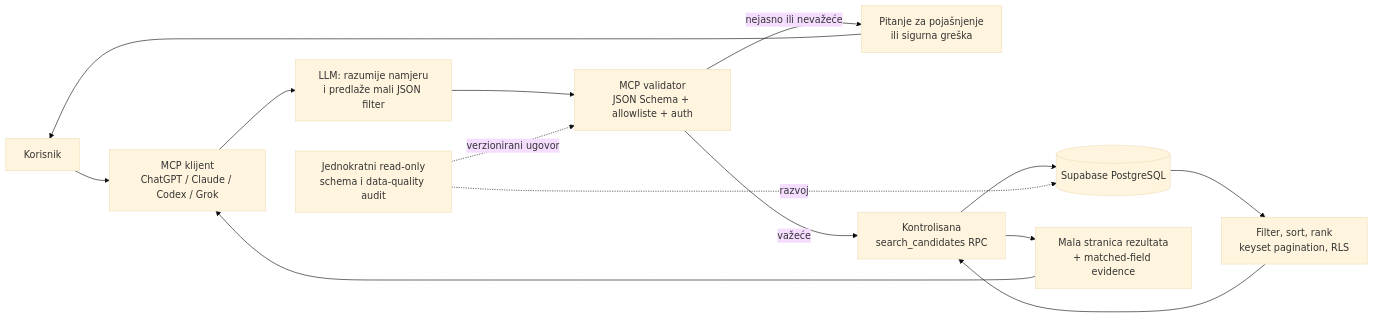
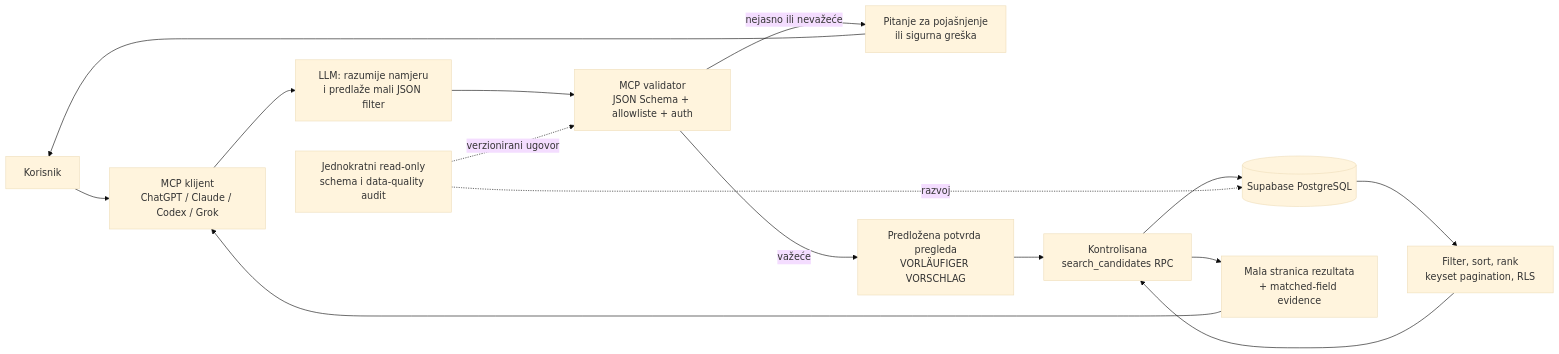
Before and after one commit to dsactivi-2/MCP-JSI-DINO-SUPABASE: the diagram in docs/SUPABASE_CRM_MCP_IMPLEMENTATION_BRIEF.md, drawn with Mermaid (base theme). The commit also changed other lines of this file and 64 other files, not shown here.

````diff
--- a/docs/SUPABASE_CRM_MCP_IMPLEMENTATION_BRIEF.md
+++ b/docs/SUPABASE_CRM_MCP_IMPLEMENTATION_BRIEF.md
@@ -118,17 +128,18 @@
 ```mermaid
 flowchart LR
     U[Korisnik] --> C[MCP klijent<br/>ChatGPT / Claude / Codex / Grok]
     C --> P[LLM: razumije namjeru<br/>i predlaže mali JSON filter]
     P --> V[MCP validator<br/>JSON Schema + allowliste + auth]
     V -->|nejasno ili nevažeće| Q[Pitanje za pojašnjenje<br/>ili sigurna greška]
     Q --> U
-    V -->|važeće| R[Kontrolisana<br/>search_candidates RPC]
+    V -->|važeće| S[Predložena potvrda pregleda<br/>VORLÄUFIGER VORSCHLAG]
+    S --> R[Kontrolisana<br/>search_candidates RPC]
     R --> D[(Supabase PostgreSQL)]
     D --> F[Filter, sort, rank<br/>keyset pagination, RLS]
     F --> R
     R --> O[Mala stranica rezultata<br/>+ matched-field evidence]
     O --> C
 
     A[Jednokratni read-only<br/>schema i data-quality audit] -. razvoj .-> D
     A -. verzionirani ugovor .-> V
 ```
````
